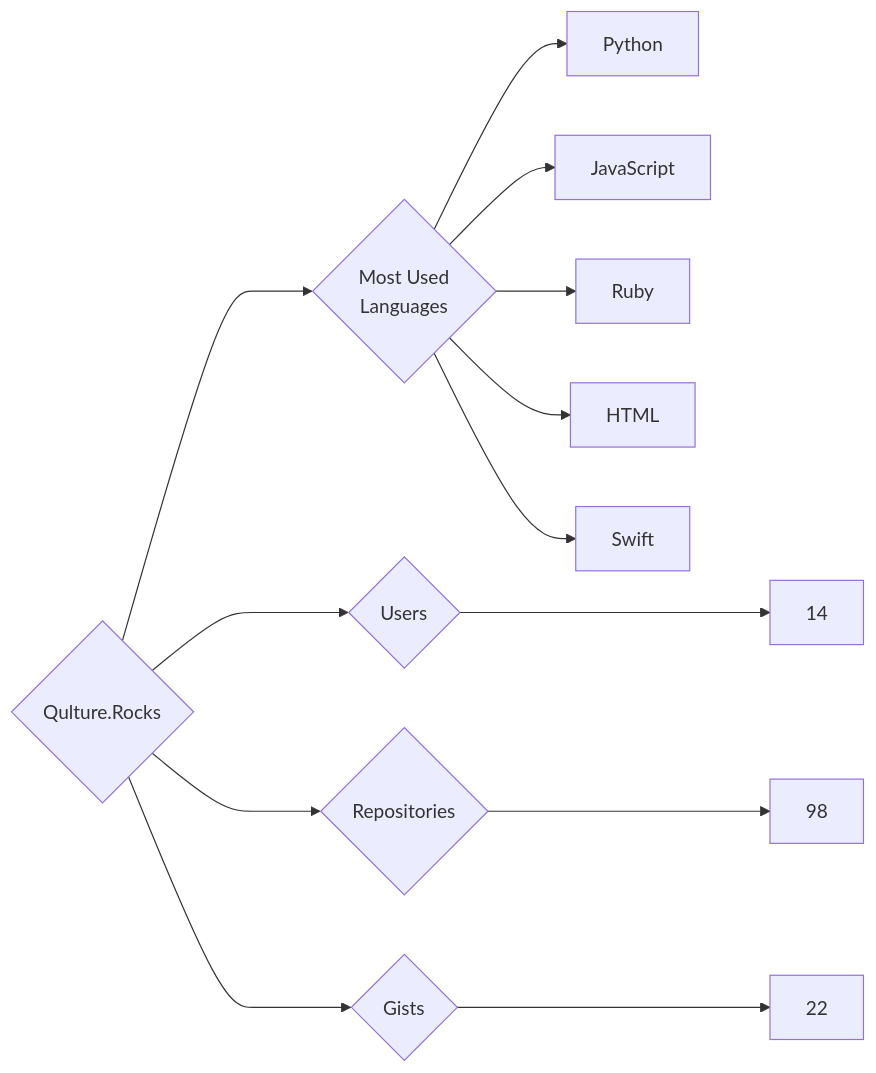
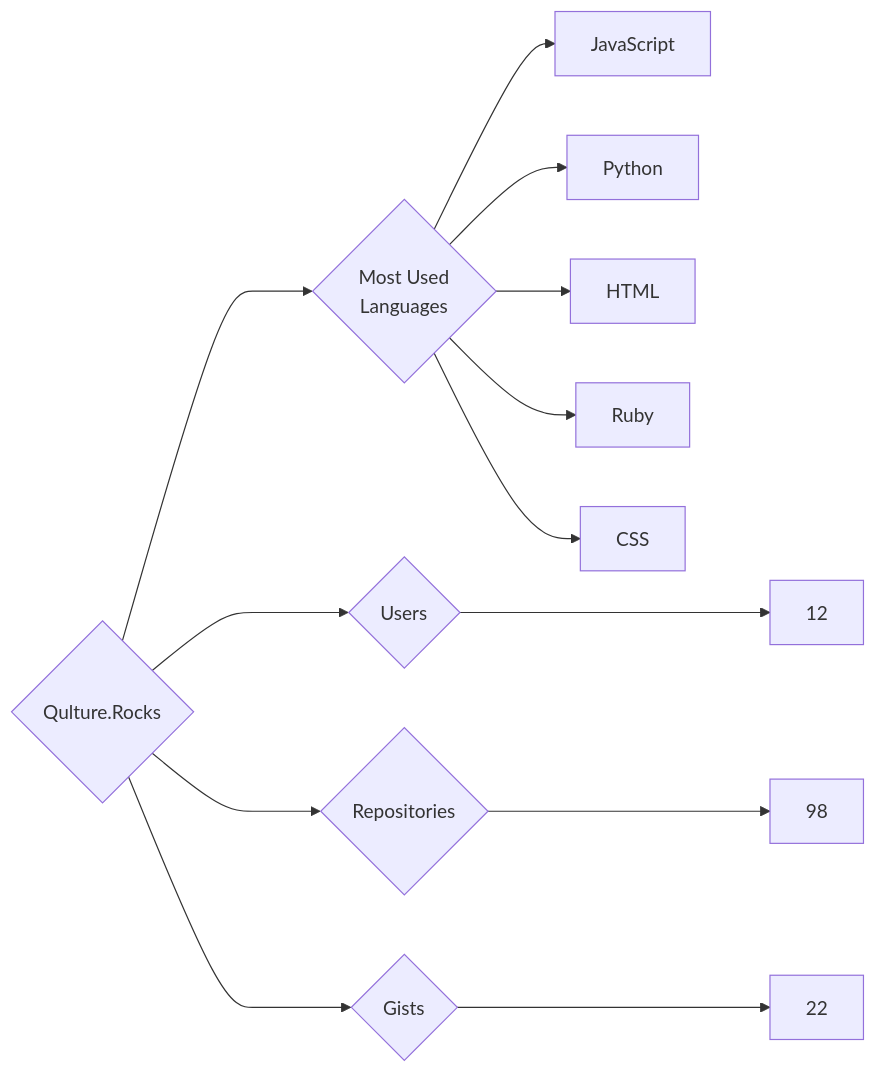
The diagram in targets/Qulture.Rocks/README.md (trickest/insiders), drawn with Mermaid before and after one commit. The commit also changed 770 other files, not shown here.

````diff
--- a/targets/Qulture.Rocks/README.md
+++ b/targets/Qulture.Rocks/README.md
@@ -3,13 +3,13 @@
 ```mermaid
 graph LR
 COMPANY_NAME{Qulture.Rocks}
-COMPANY_NAME ---> U{Users} ---> UN[14]
+COMPANY_NAME ---> U{Users} ---> UN[12]
 COMPANY_NAME ---> R{Repositories} ---> RN[98]
 COMPANY_NAME ---> G{Gists} ---> GN[22]
 COMPANY_NAME ---> ML{Most Used<br>Languages}
+ML --> JavaScript[JavaScript]
 ML --> Python[Python]
-ML --> JavaScript[JavaScript]
+ML --> HTML[HTML]
 ML --> Ruby[Ruby]
-ML --> HTML[HTML]
-ML --> Swift[Swift]
+ML --> CSS[CSS]
 ```
````
